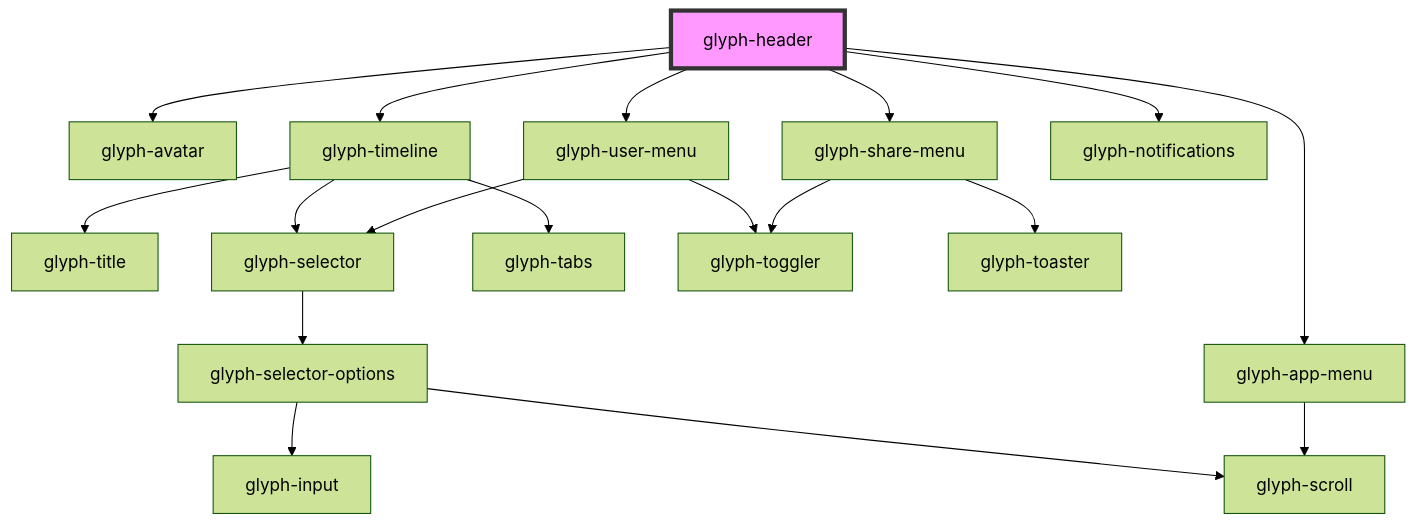
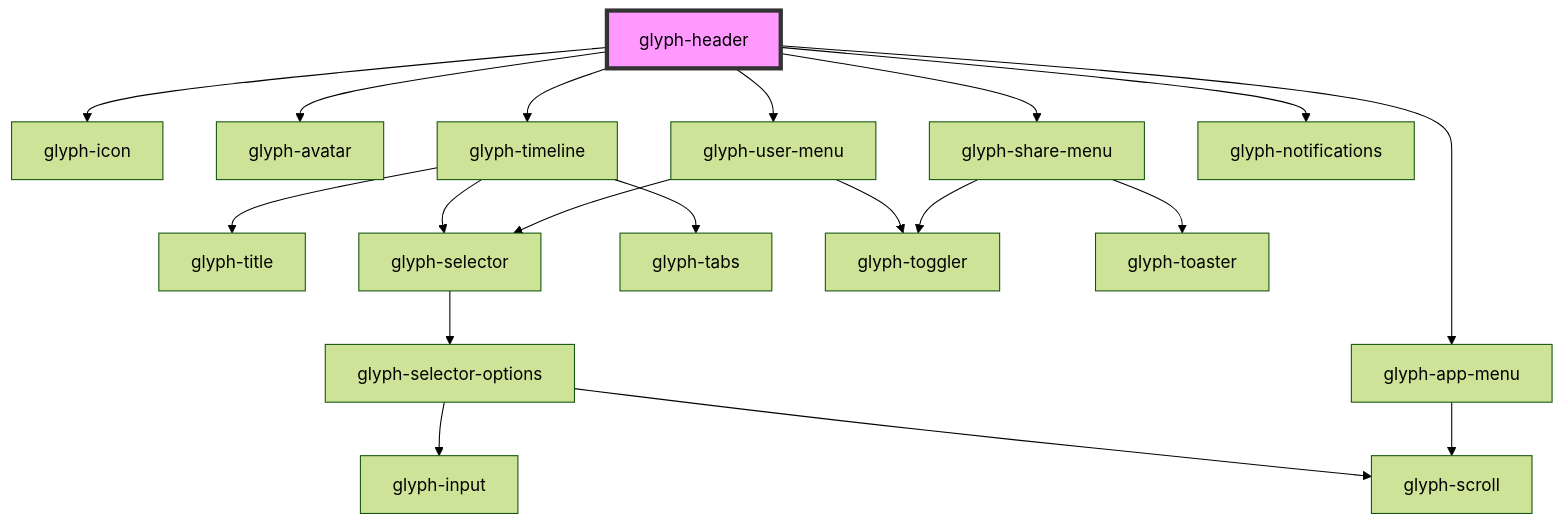
The diagram in packages/glyph-components/src/components/layouts/header/readme.md (adrianiy/synth-ui), drawn with Mermaid (forest theme) before and after one commit. The commit also changed other lines of this file and 25 other files, not shown here.

Commit message:
feat(icon): add sewing icons and use them in header

````diff
--- a/packages/glyph-components/src/components/layouts/header/readme.md
+++ b/packages/glyph-components/src/components/layouts/header/readme.md
@@ -55,21 +56,22 @@
 ```mermaid
 graph TD;
+  glyph-header --> glyph-icon
   glyph-header --> glyph-avatar
   glyph-header --> glyph-timeline
   glyph-header --> glyph-user-menu
   glyph-header --> glyph-app-menu
   glyph-header --> glyph-share-menu
   glyph-header --> glyph-notifications
   glyph-timeline --> glyph-title
   glyph-timeline --> glyph-selector
   glyph-timeline --> glyph-tabs
   glyph-selector --> glyph-selector-options
   glyph-selector-options --> glyph-input
   glyph-selector-options --> glyph-scroll
   glyph-user-menu --> glyph-selector
   glyph-user-menu --> glyph-toggler
   glyph-app-menu --> glyph-scroll
   glyph-share-menu --> glyph-toggler
   glyph-share-menu --> glyph-toaster
   style glyph-header fill:#f9f,stroke:#333,stroke-width:4px
 ```
````
